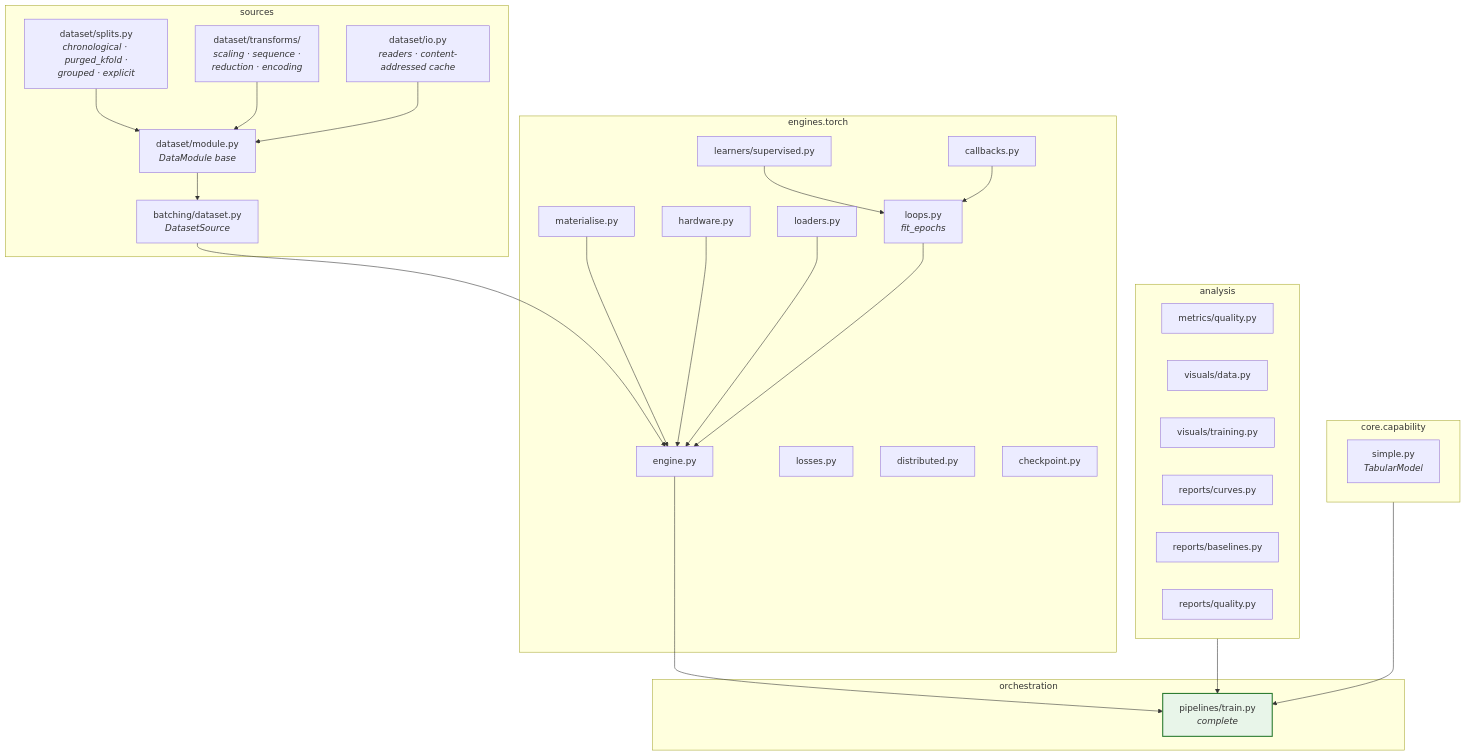
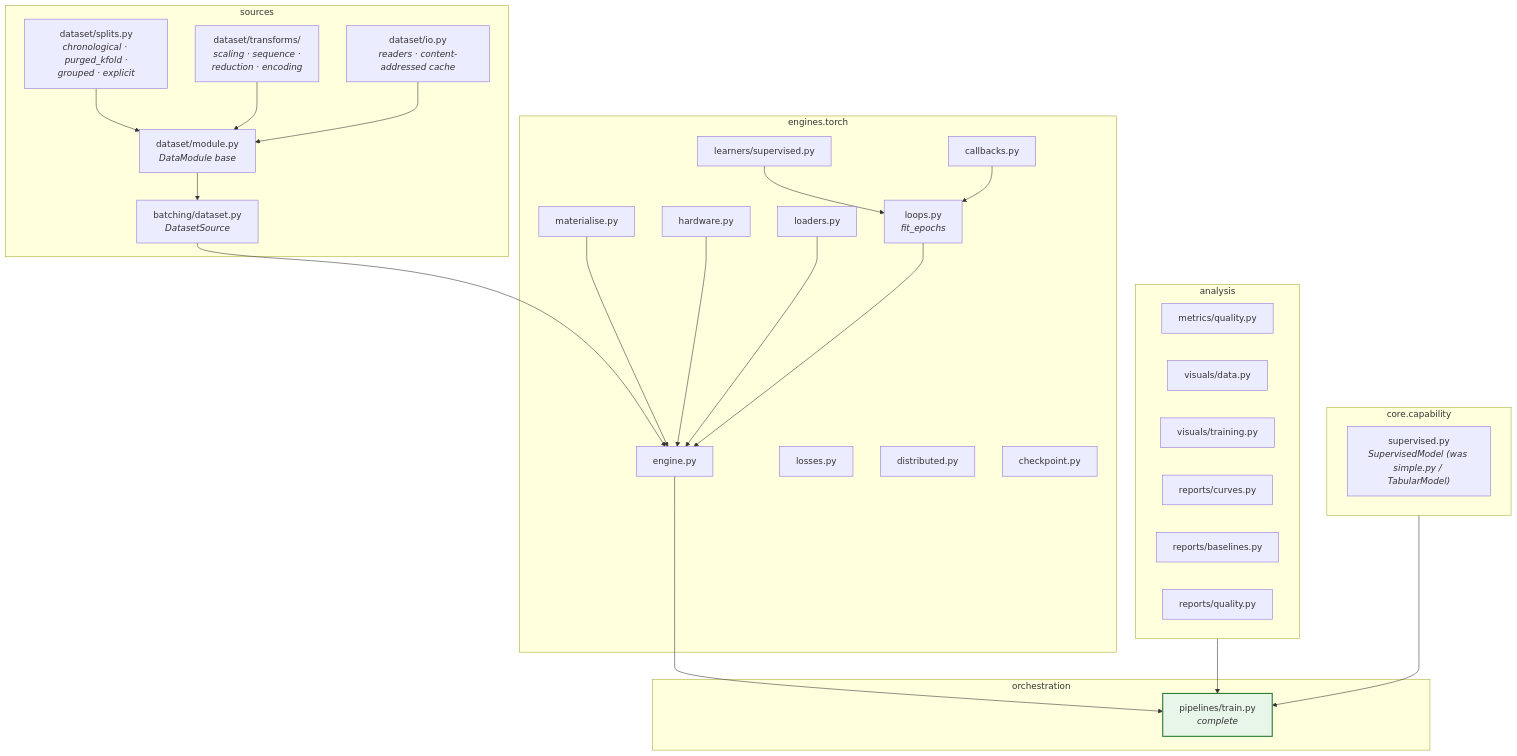
The first of 6 diagrams in src/rade_qnet/docs/phases/PHASE_2_TORCH_ENGINE.md (JStevens95/QuantStrata), drawn with Mermaid before and after one commit. The commit also changed other lines of this file and 118 other files, not shown here.

````diff
--- a/src/rade_qnet/docs/phases/PHASE_2_TORCH_ENGINE.md
+++ b/src/rade_qnet/docs/phases/PHASE_2_TORCH_ENGINE.md
@@ -36,52 +36,52 @@
 ```mermaid
 flowchart TD
     subgraph SRC["sources"]
         DM["dataset/module.py<br/><i>DataModule base</i>"]
         SP["dataset/splits.py<br/><i>chronological · purged_kfold ·<br/>grouped · explicit</i>"]
         TF["dataset/transforms/<br/><i>scaling · sequence ·<br/>reduction · encoding</i>"]
         IO["dataset/io.py<br/><i>readers · content-addressed cache</i>"]
         BD["batching/dataset.py<br/><i>DatasetSource</i>"]
     end
     subgraph ENG["engines.torch"]
         E["engine.py"]
         L["loops.py<br/><i>fit_epochs</i>"]
         LS["learners/supervised.py"]
         CB["callbacks.py"]
         LO["losses.py"]
         HW["hardware.py"]
         MA["materialise.py"]
         DI["distributed.py"]
         CK["checkpoint.py"]
         LD["loaders.py"]
     end
     subgraph ORCH["orchestration"]
         TP["pipelines/train.py<br/><i>complete</i>"]
     end
     subgraph ANA["analysis"]
         MQ["metrics/quality.py"]
         VD["visuals/data.py"]
         VT["visuals/training.py"]
         RC["reports/curves.py"]
         RB["reports/baselines.py"]
         RQ["reports/quality.py"]
     end
     subgraph CAP["core.capability"]
-        SI["simple.py<br/><i>TabularModel</i>"]
+        SI["supervised.py<br/><i>SupervisedModel (was simple.py / TabularModel)</i>"]
     end
 
     DM --> BD
     SP --> DM
     TF --> DM
     IO --> DM
     BD --> E
     MA --> E
     HW --> E
     LD --> E
     L --> E
     LS --> L
     CB --> L
     E --> TP
     ANA --> TP
     CAP --> TP
     style TP fill:#e8f5e9,stroke:#2e7d32,stroke-width:2px
 ```
````
